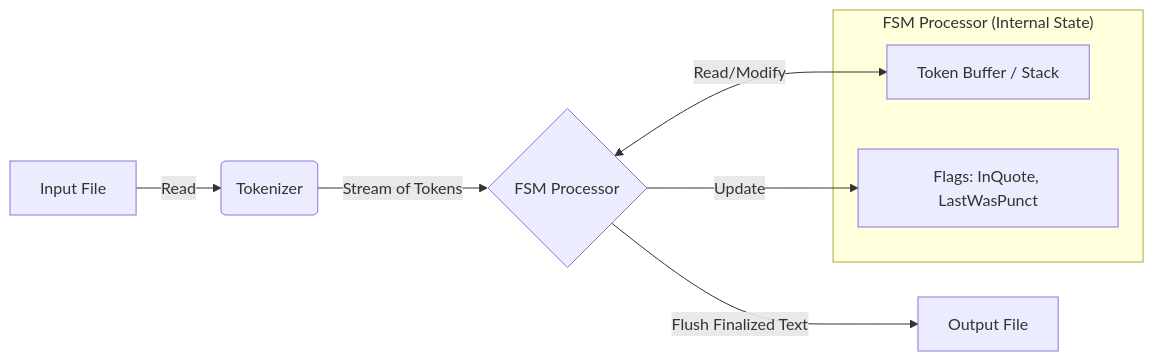
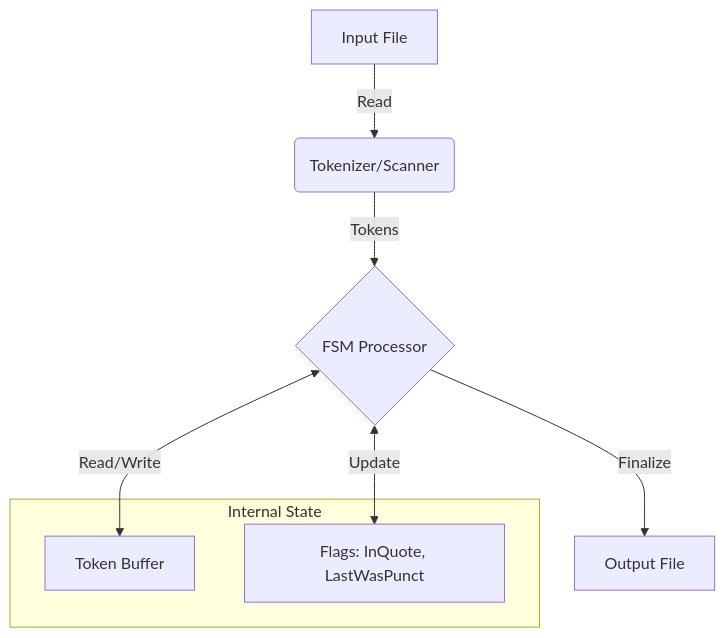
The diagram in architecture.md (skamprogiannis/go-reloaded), drawn with Mermaid before and after one commit. The commit also changed other lines of this file and 10 other files, not shown here.

````diff
--- a/architecture.md
+++ b/architecture.md
@@ -11,14 +12,15 @@
 ```mermaid
-graph LR
-    A[Input File] -->|Read| B(Tokenizer)
-    B -->|Stream of Tokens| C{FSM Processor}
-    
-    subgraph "FSM Processor (Internal State)"
-        D[Token Buffer / Stack]
-        E[Flags: InQuote, LastWasPunct]
+graph TD
+    Input[Input File] -->|Read| Tokenizer(Tokenizer/Scanner)
+    Tokenizer -->|Tokens| FSM{FSM Processor}
+
+    subgraph State [Internal State]
+        Buffer[Token Buffer]
+        Flags[Flags: InQuote, LastWasPunct]
     end
-    
-    C <-->|Read/Modify| D
-    C -->|Update| E
-    C -->|Flush Finalized Text| F[Output File]
+
+    FSM <-->|Read/Write| Buffer
+    FSM <-->|Update| Flags
+
+    FSM -->|Finalize| Output[Output File]
 ```
````
